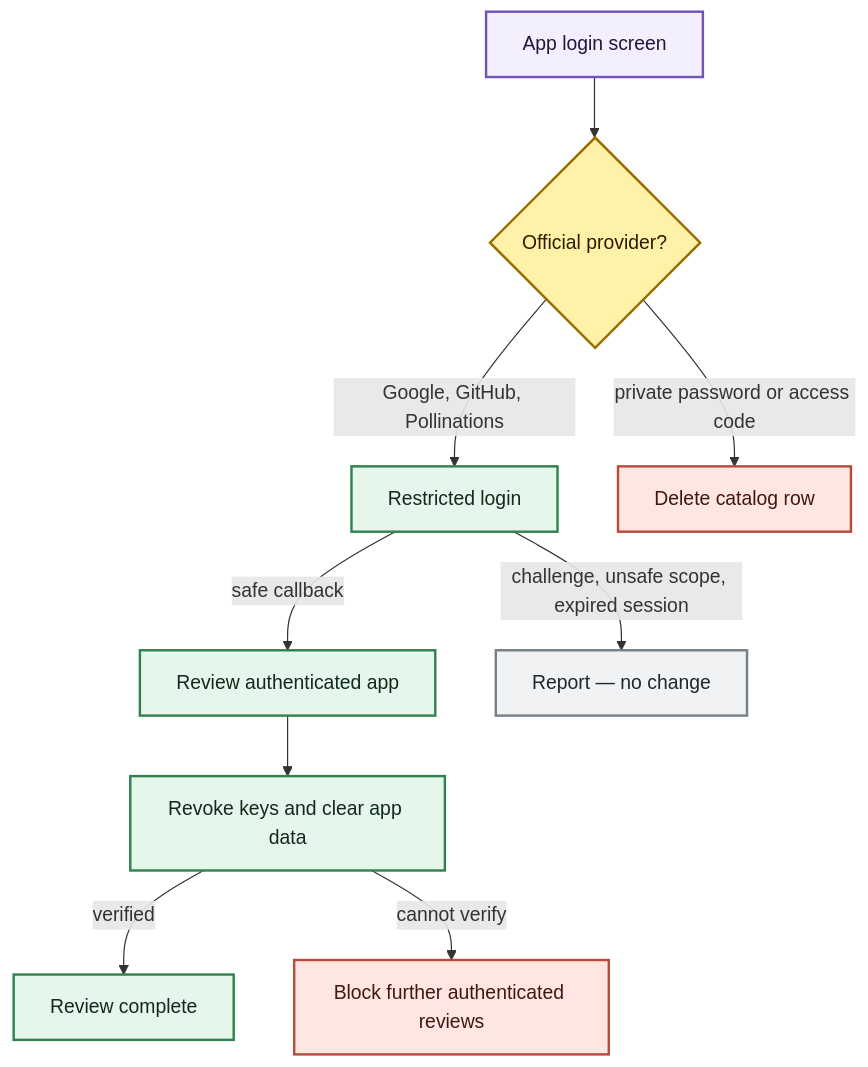
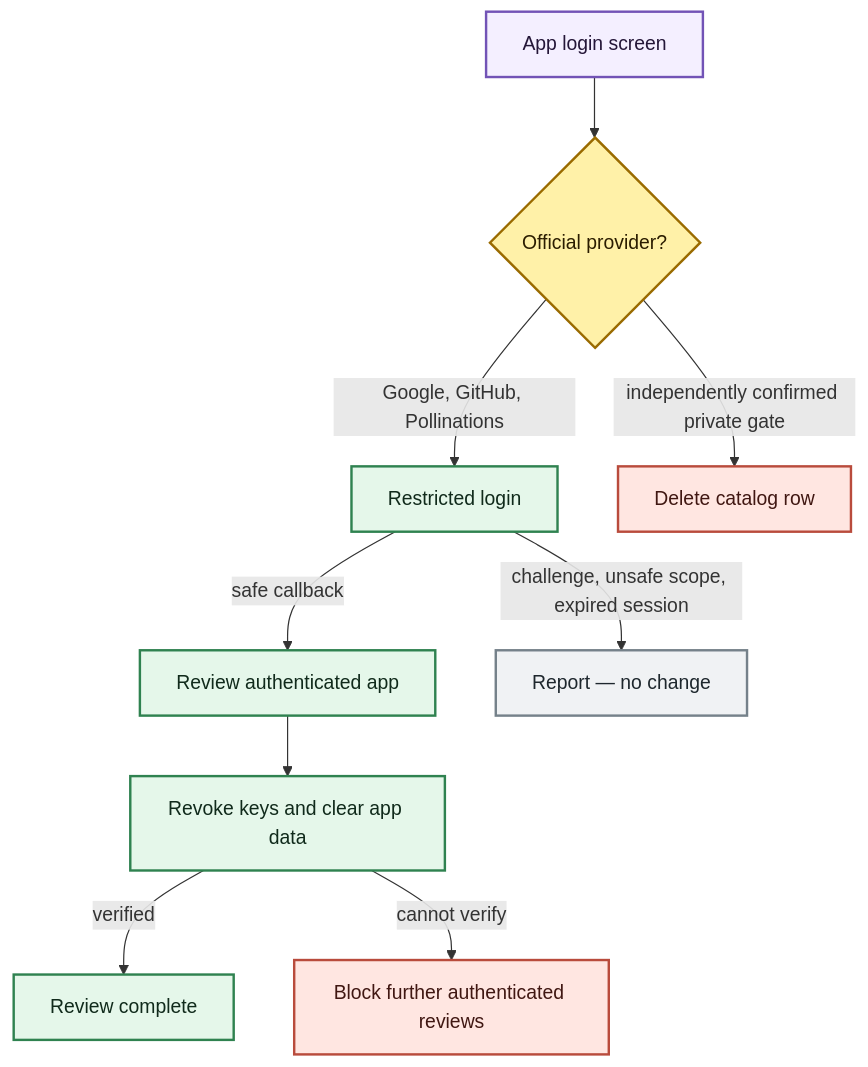
The third of 4 diagrams in apps/app-management/PIPELINE.md (pollinations/pollinations), drawn with Mermaid before and after one commit. The commit also changed other lines of this file and 4 other files, not shown here.

````diff
--- a/apps/app-management/PIPELINE.md
+++ b/apps/app-management/PIPELINE.md
@@ -214,22 +213,22 @@
 ```mermaid
 flowchart TD
     APP["App login screen"] --> PROVIDER{"Official provider?"}
     PROVIDER -->|"Google, GitHub, Pollinations"| LOGIN["Restricted login"]
-    PROVIDER -->|"private password or access code"| DELETE["Delete catalog row"]
+    PROVIDER -->|"independently confirmed private gate"| DELETE["Delete catalog row"]
     LOGIN -->|"safe callback"| REVIEW["Review authenticated app"]
     LOGIN -->|"challenge, unsafe scope, expired session"| SKIP["Report — no change"]
     REVIEW --> CLEAN["Revoke keys and clear app data"]
     CLEAN -->|"verified"| DONE["Review complete"]
     CLEAN -->|"cannot verify"| BLOCK["Block further authenticated reviews"]
 
     classDef entry fill:#f4efff,stroke:#7253b6,color:#241638,stroke-width:2px
     classDef decision fill:#fff1a8,stroke:#9a6b00,color:#2b1d00,stroke-width:2px
     classDef safe fill:#e5f7ea,stroke:#2f8250,color:#102a1b,stroke-width:2px
     classDef danger fill:#ffe6e1,stroke:#b94b3c,color:#401712,stroke-width:2px
     classDef neutral fill:#f0f2f4,stroke:#75818a,color:#1e272d,stroke-width:2px
     class APP entry
     class PROVIDER decision
     class LOGIN,REVIEW,CLEAN,DONE safe
     class DELETE,BLOCK danger
     class SKIP neutral
 ```
````
